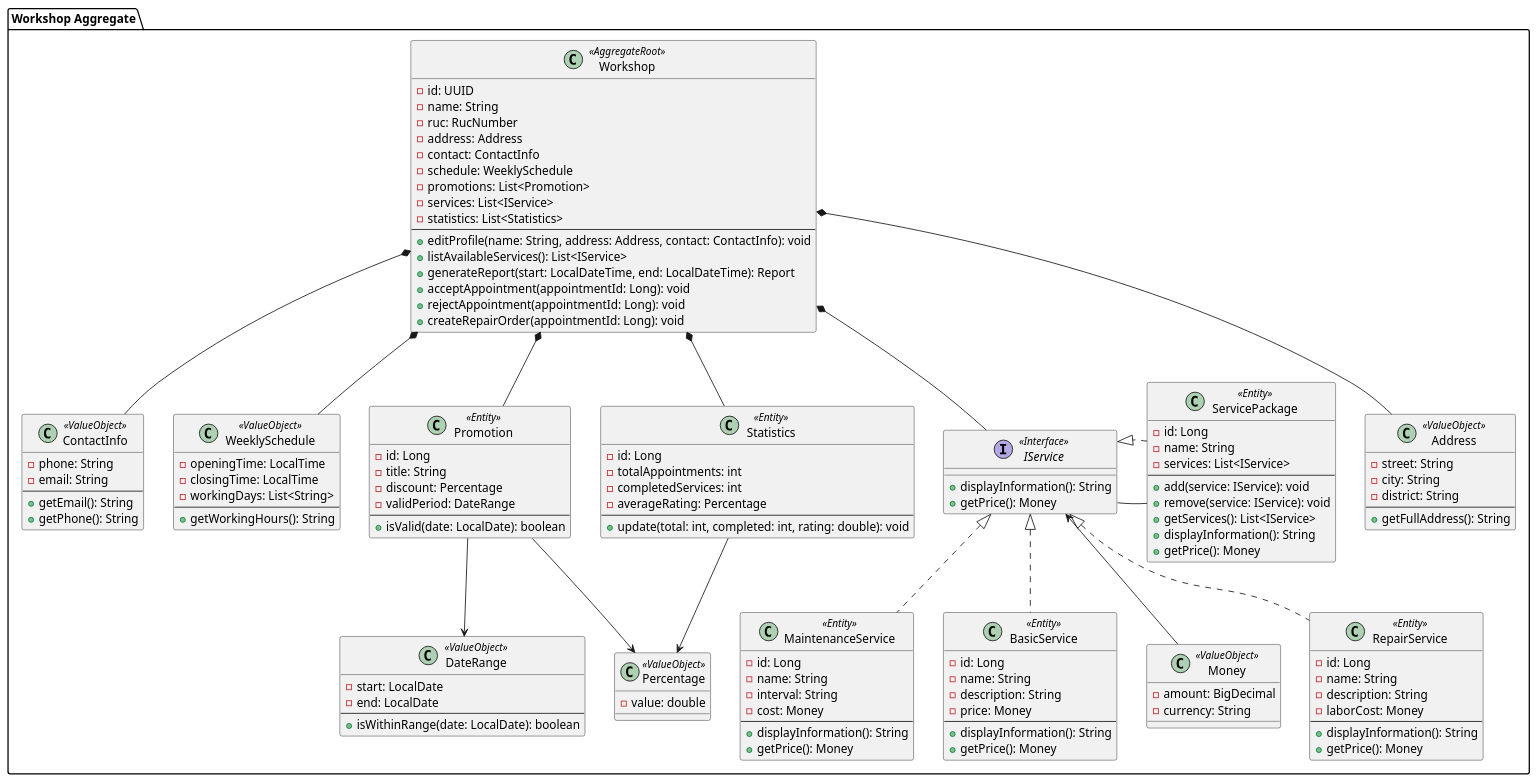
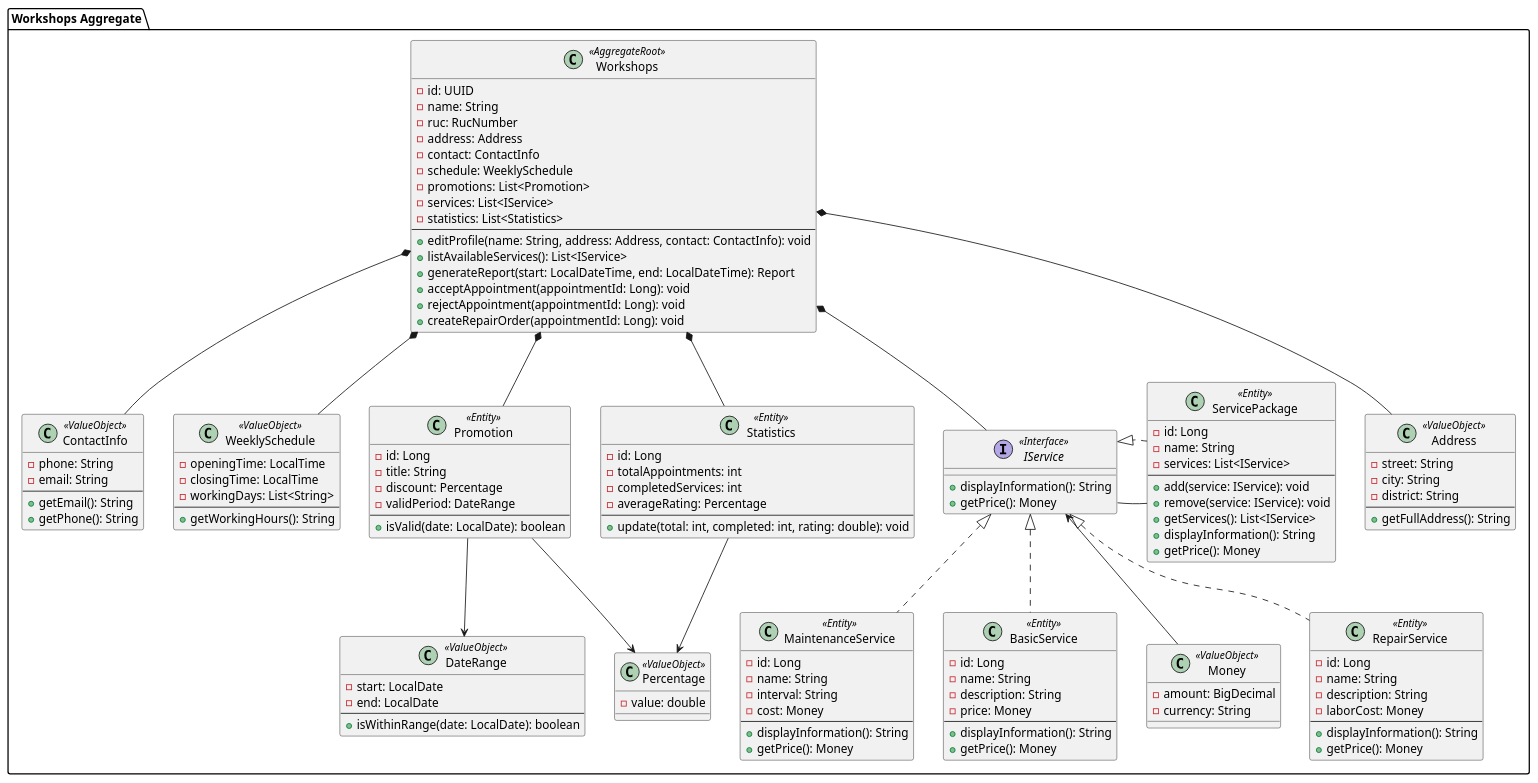
The diagram in Diagrams/aggregates/workshops.puml (SoftwareD-P/Proyect-Documentation), drawn with PlantUML before and after one commit. The commit also changed 14 other files, not shown here.

Commit message:
chore(Diagrams): Diagram proyects added

```diff
--- a/Diagrams/aggregates/workshops.puml
+++ b/Diagrams/aggregates/workshops.puml
@@ -1,146 +1,146 @@
-@startuml Workshop BC Aggregate
+@startuml Workshops BC Aggregate
 
-package "Workshop Aggregate" {
+package "Workshops Aggregate" {
 
-    class Workshop <<AggregateRoot>> {
+    class Workshops <<AggregateRoot>> {
         - id: UUID
         - name: String
         - ruc: RucNumber
         - address: Address
         - contact: ContactInfo
         - schedule: WeeklySchedule
         - promotions: List<Promotion>
         - services: List<IService>
         - statistics: List<Statistics>
         --
         + editProfile(name: String, address: Address, contact: ContactInfo): void
         + listAvailableServices(): List<IService>
         + generateReport(start: LocalDateTime, end: LocalDateTime): Report
         + acceptAppointment(appointmentId: Long): void
         + rejectAppointment(appointmentId: Long): void
         + createRepairOrder(appointmentId: Long): void
     }
 
     class Address <<ValueObject>> {
         - street: String
         - city: String
         - district: String
         --
         + getFullAddress(): String
     }
 
     class ContactInfo <<ValueObject>> {
         - phone: String
         - email: String
         --
         + getEmail(): String
         + getPhone(): String
     }
 
     class WeeklySchedule <<ValueObject>> {
         - openingTime: LocalTime
         - closingTime: LocalTime
         - workingDays: List<String>
         --
         + getWorkingHours(): String
     }
 
     class Promotion <<Entity>> {
         - id: Long
         - title: String
         - discount: Percentage
         - validPeriod: DateRange
         --
         + isValid(date: LocalDate): boolean
     }
 
     class Statistics <<Entity>> {
         - id: Long
         - totalAppointments: int
         - completedServices: int
         - averageRating: Percentage
         --
         + update(total: int, completed: int, rating: double): void
     }
 
     class Percentage <<ValueObject>> {
         - value: double
     }
 
     class DateRange <<ValueObject>> {
         - start: LocalDate
         - end: LocalDate
         --
         + isWithinRange(date: LocalDate): boolean
     }
 
     class Money <<ValueObject>> {
         - amount: BigDecimal
         - currency: String
     }
 
     interface IService <<Interface>> {
         + displayInformation(): String
         + getPrice(): Money
     }
 
     class RepairService <<Entity>> {
         - id: Long
         - name: String
         - description: String
         - laborCost: Money
         --
         + displayInformation(): String
         + getPrice(): Money
     }
 
     class MaintenanceService <<Entity>> {
         - id: Long
         - name: String
         - interval: String
         - cost: Money
         --
         + displayInformation(): String
         + getPrice(): Money
     }
 
     class BasicService <<Entity>> {
         - id: Long
         - name: String
         - description: String
         - price: Money
         --
         + displayInformation(): String
         + getPrice(): Money
     }
 
     class ServicePackage <<Entity>> {
         - id: Long
         - name: String
         - services: List<IService>
         --
         + add(service: IService): void
         + remove(service: IService): void
         + getServices(): List<IService>
         + displayInformation(): String
         + getPrice(): Money
     }
 
-    Workshop *-- Address
-    Workshop *-- ContactInfo
-    Workshop *-- WeeklySchedule
-    Workshop *-- Promotion
-    Workshop *-- Statistics
-    Workshop *-- IService
+    Workshops *-- Address
+    Workshops *-- ContactInfo
+    Workshops *-- WeeklySchedule
+    Workshops *-- Promotion
+    Workshops *-- Statistics
+    Workshops *-- IService
     ServicePackage -- IService
 
     IService <|.. RepairService
     IService <|.. MaintenanceService
     IService <|.. BasicService
     IService <|.left. ServicePackage
     IService <-down- Money
     Statistics -down-> Percentage
     Promotion -down-> DateRange
     Promotion -down-> Percentage
 }
 @enduml
```
